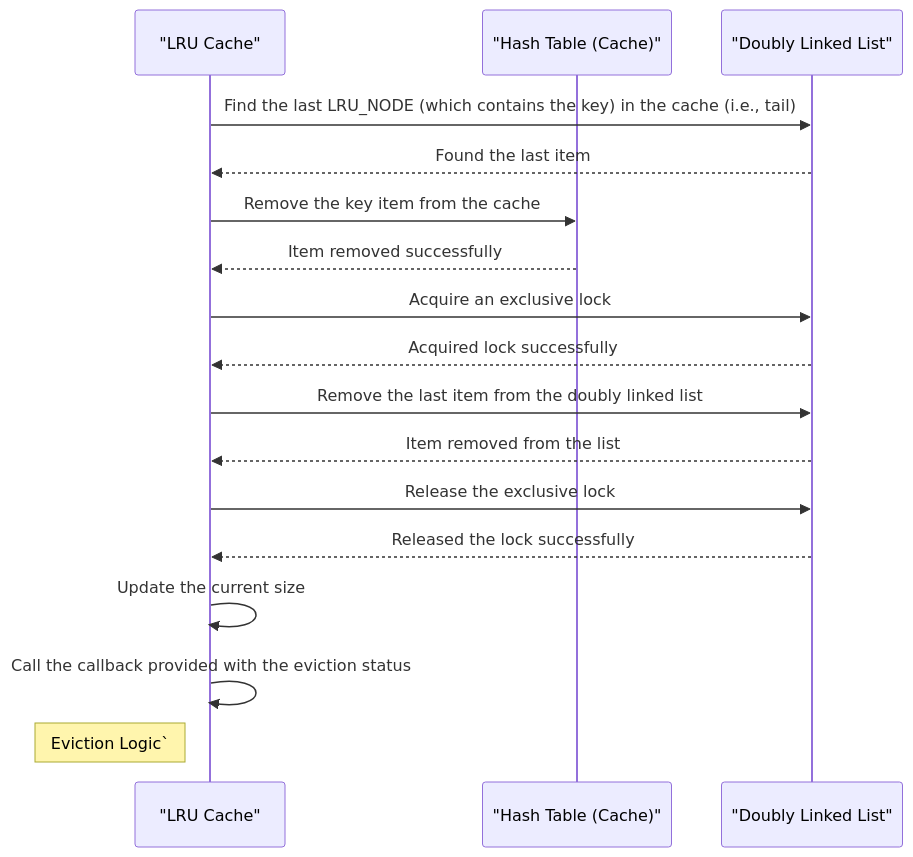
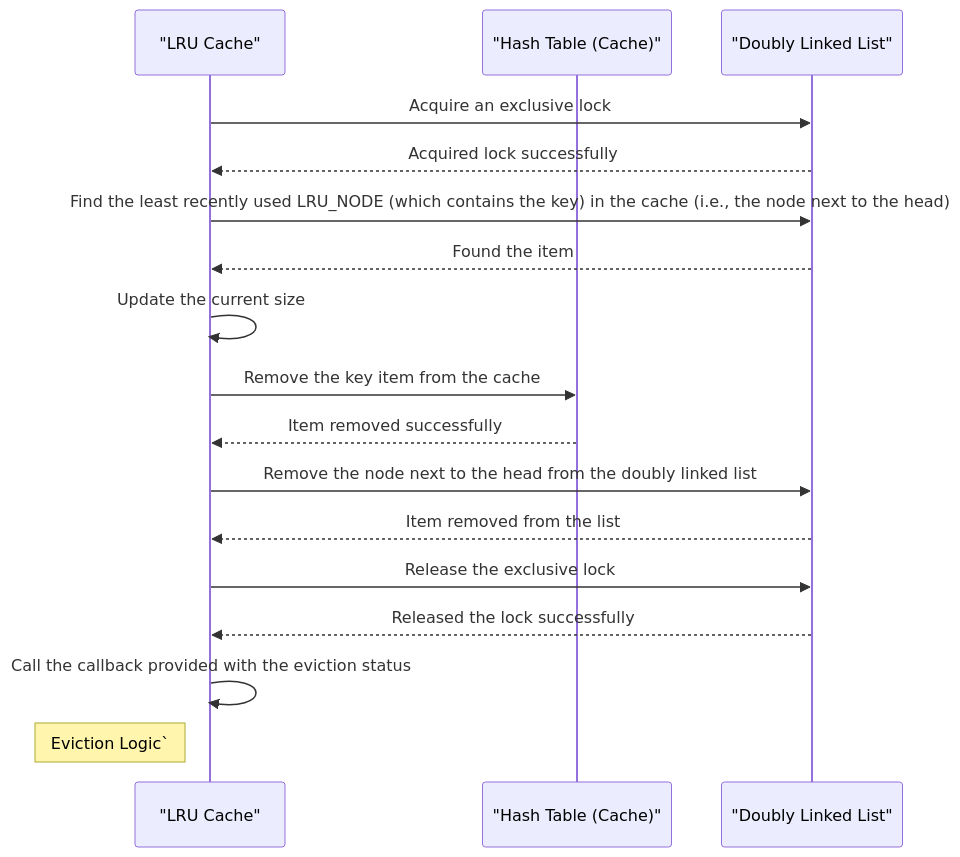
Before and after one commit to Azure/clds: the second of 3 diagrams in devdoc/lru_cache_design.md, drawn with Mermaid. The commit also changed other lines of this file and 9 other files, not shown here.

First line of the commit message:
LRU Cache using clds_hash_table, SRW Lock and DList (#177)

````diff
--- a/devdoc/lru_cache_design.md
+++ b/devdoc/lru_cache_design.md
@@ -79,19 +105,19 @@
 ```mermaid
 sequenceDiagram
     participant Cache as "LRU Cache"
     participant HashTable as "Hash Table (Cache)"
     participant DoublyLinkedList as "Doubly Linked List"
-    Cache ->> DoublyLinkedList: Find the last LRU_NODE (which contains the key) in the cache (i.e., tail)
-    DoublyLinkedList -->> Cache: Found the last item
+    Cache ->> DoublyLinkedList: Acquire an exclusive lock
+    DoublyLinkedList -->> Cache: Acquired lock successfully
+    Cache ->> DoublyLinkedList: Find the least recently used LRU_NODE (which contains the key) in the cache (i.e., the node next to the head)
+    DoublyLinkedList -->> Cache: Found the item
+    Cache ->> Cache: Update the current size
     Cache ->> HashTable: Remove the key item from the cache
     HashTable -->> Cache: Item removed successfully
-    Cache ->> DoublyLinkedList: Acquire an exclusive lock
-    DoublyLinkedList -->> Cache: Acquired lock successfully
-    Cache ->> DoublyLinkedList: Remove the last item from the doubly linked list
+    Cache ->> DoublyLinkedList: Remove the node next to the head from the doubly linked list
     DoublyLinkedList -->> Cache: Item removed from the list
     Cache ->> DoublyLinkedList: Release the exclusive lock
     DoublyLinkedList -->> Cache: Released the lock successfully
-    Cache ->> Cache: Update the current size
     Cache ->> Cache: Call the callback provided with the eviction status
     Note left of Cache: Eviction Logic` 
 ```
````
